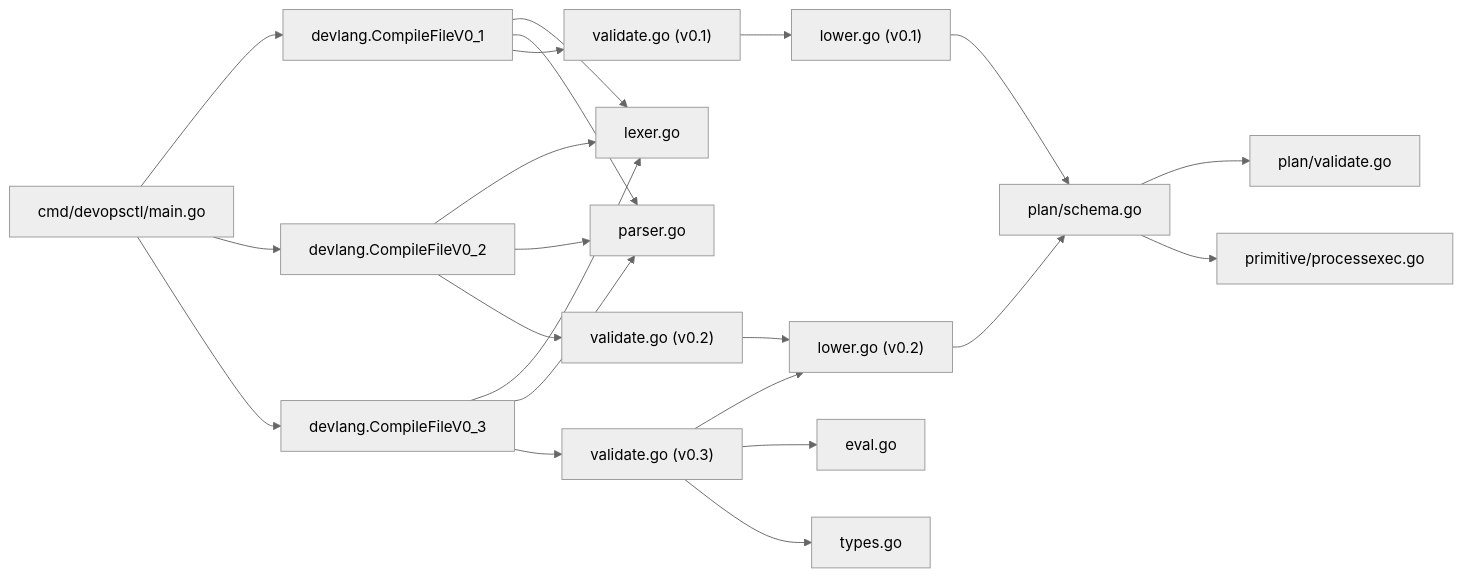
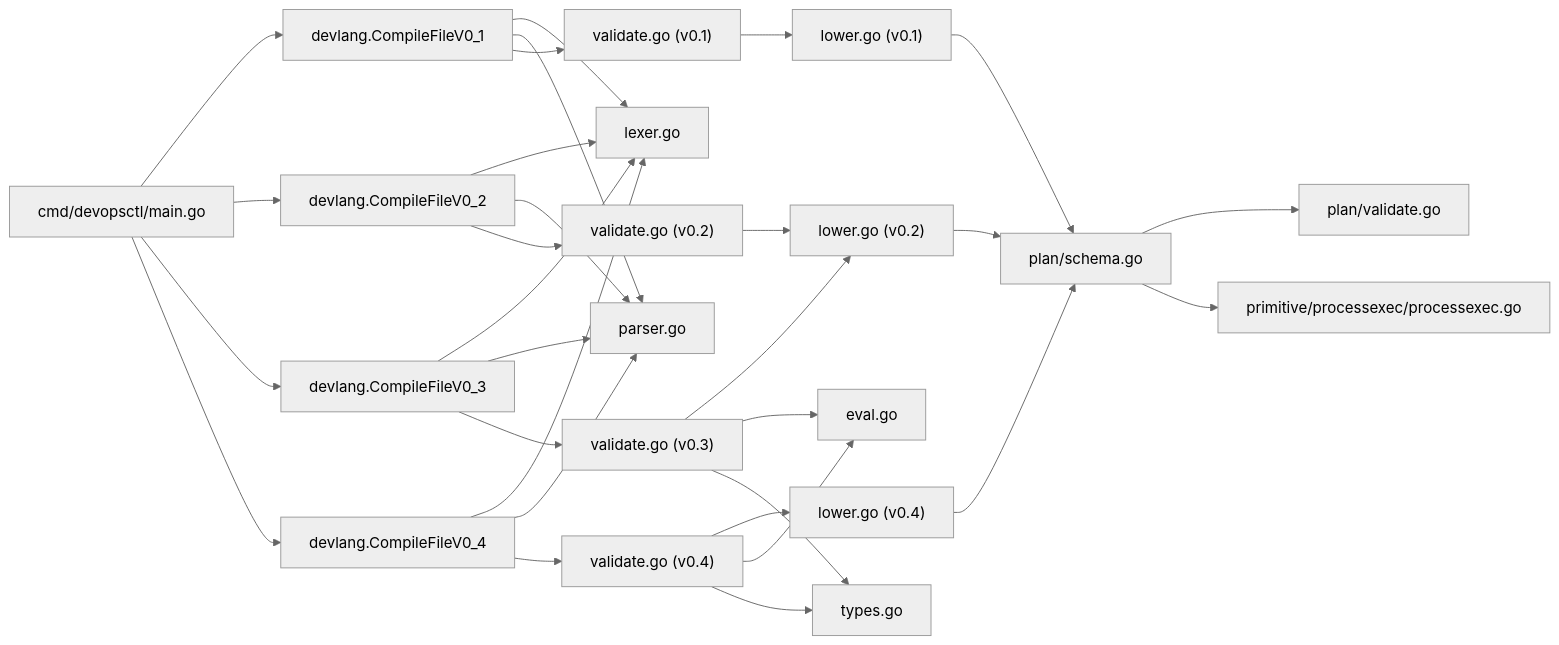
Diagram 13 of 14 in .qoder/repowiki/en/content/.devops Language Reference/Compilation Pipeline.md (ahmednour1430464/dotdevops), drawn with Mermaid (neutral theme) before and after one commit. The commit also changed other lines of this file and 3 other files, not shown here.

````diff
--- a/.qoder/repowiki/en/content/.devops Language Reference/Compilation Pipeline.md
+++ b/.qoder/repowiki/en/content/.devops Language Reference/Compilation Pipeline.md
@@ -684,24 +828,32 @@
 ```mermaid
 graph LR
 CLI["cmd/devopsctl/main.go"] --> COMP1["devlang.CompileFileV0_1"]
 CLI --> COMP2["devlang.CompileFileV0_2"]
 CLI --> COMP3["devlang.CompileFileV0_3"]
+CLI --> COMP4["devlang.CompileFileV0_4"]
 COMP1 --> LEX["lexer.go"]
 COMP1 --> PAR["parser.go"]
 COMP1 --> VAL1["validate.go (v0.1)"]
 COMP2 --> LEX
 COMP2 --> PAR
 COMP2 --> VAL2["validate.go (v0.2)"]
 COMP3 --> LEX
 COMP3 --> PAR
 COMP3 --> VAL3["validate.go (v0.3)"]
+COMP4 --> LEX
+COMP4 --> PAR
+COMP4 --> VAL4["validate.go (v0.4)"]
 VAL1 --> LOW1["lower.go (v0.1)"]
 VAL2 --> LOW2["lower.go (v0.2)"]
 VAL3 --> LOW2
+VAL4 --> LOW4["lower.go (v0.4)"]
 VAL3 --> EVAL["eval.go"]
+VAL4 --> EVAL
 VAL3 --> TYPES["types.go"]
+VAL4 --> TYPES
 LOW1 --> PLAN["plan/schema.go"]
 LOW2 --> PLAN
+LOW4 --> PLAN
 PLAN --> PVAL["plan/validate.go"]
-PLAN --> PRIM["primitive/processexec.go"]
+PLAN --> PRIM["primitive/processexec/processexec.go"]
 ```
````
